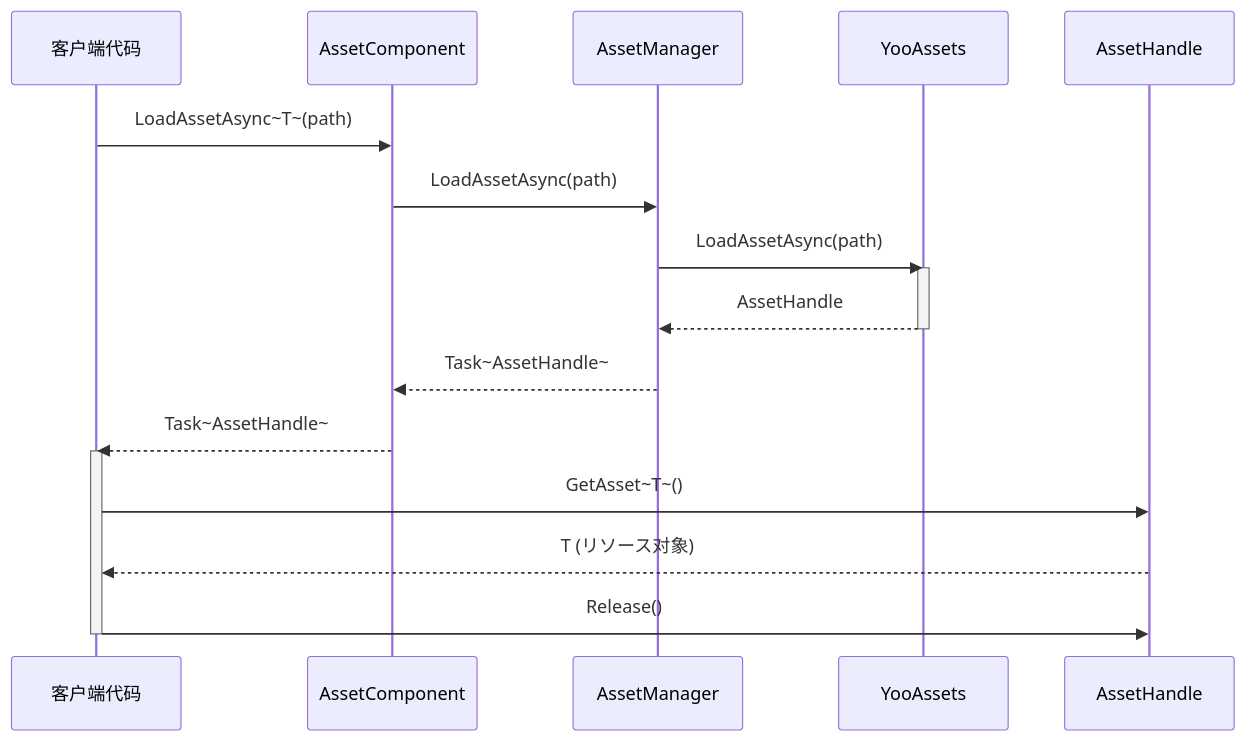
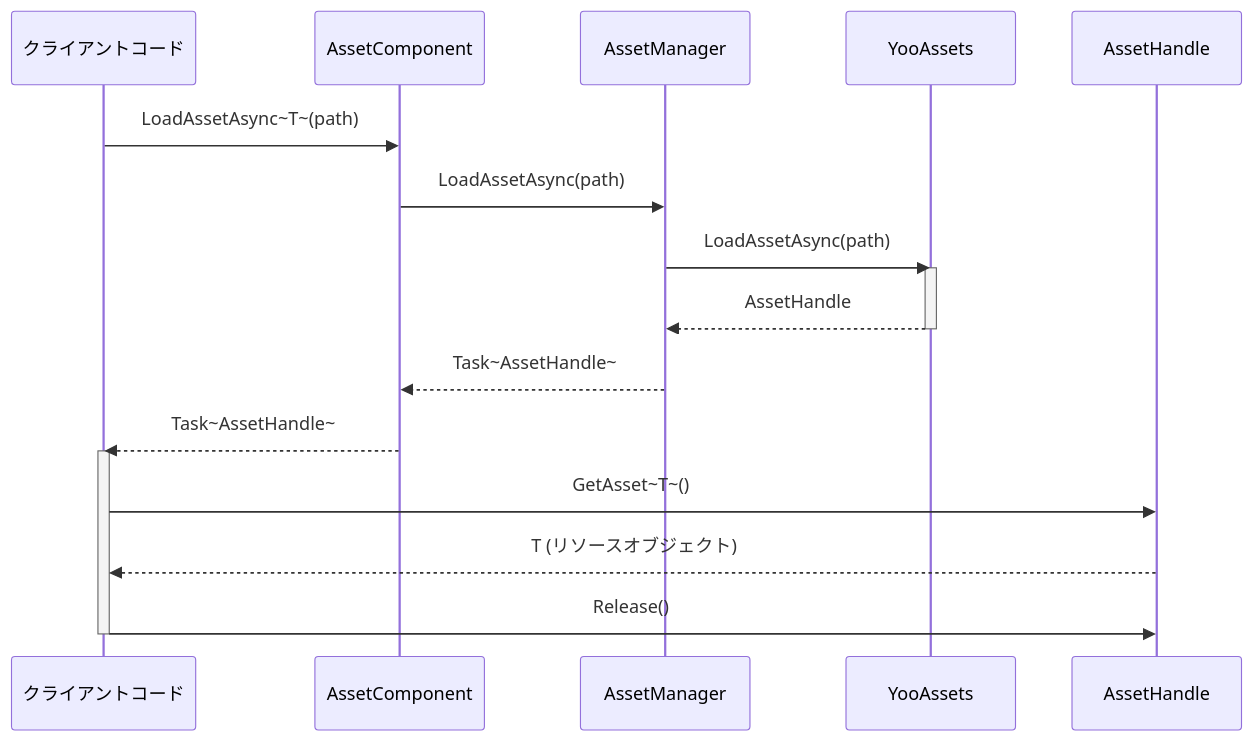
The third of 3 diagrams in docs/ja/client/unity/component/asset/11.loading-api.md (AlianBlank/GameFrameX.Docs), drawn with Mermaid before and after one commit. The commit also changed other lines of this file and 320 other files, not shown here.

````diff
--- a/docs/ja/client/unity/component/asset/11.loading-api.md
+++ b/docs/ja/client/unity/component/asset/11.loading-api.md
@@ -471,23 +471,23 @@
 ```mermaid
 sequenceDiagram
-    participant Client as 客户端代码
+    participant Client as クライアントコード
     participant AssetComp as AssetComponent
     participant AssetMgr as AssetManager
     participant YooAssets as YooAssets
     participant Handle as AssetHandle
 
     Client->>AssetComp: LoadAssetAsync~T~(path)
     AssetComp->>AssetMgr: LoadAssetAsync(path)
     AssetMgr->>YooAssets: LoadAssetAsync(path)
     activate YooAssets
     YooAssets-->>AssetMgr: AssetHandle
     deactivate YooAssets
     AssetMgr-->>AssetComp: Task~AssetHandle~
     AssetComp-->>Client: Task~AssetHandle~
-    
+
     activate Client
     Client->>Handle: GetAsset~T~()
-    Handle-->>Client: T (リソース对象)
+    Handle-->>Client: T (リソースオブジェクト)
     Client->>Handle: Release()
     deactivate Client
 ```
````
